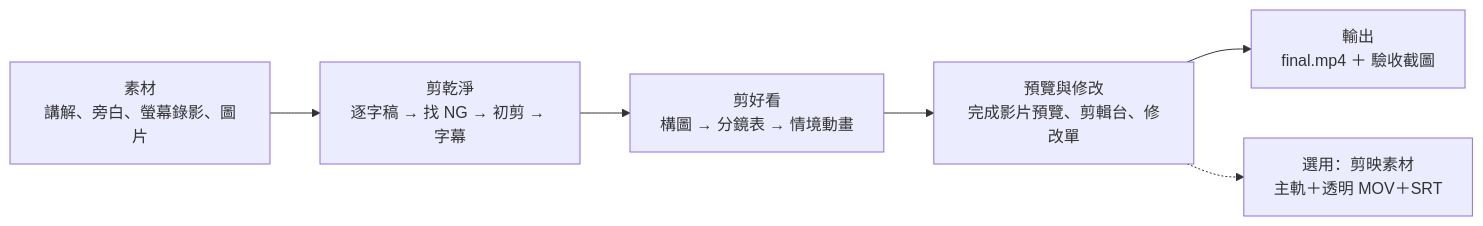
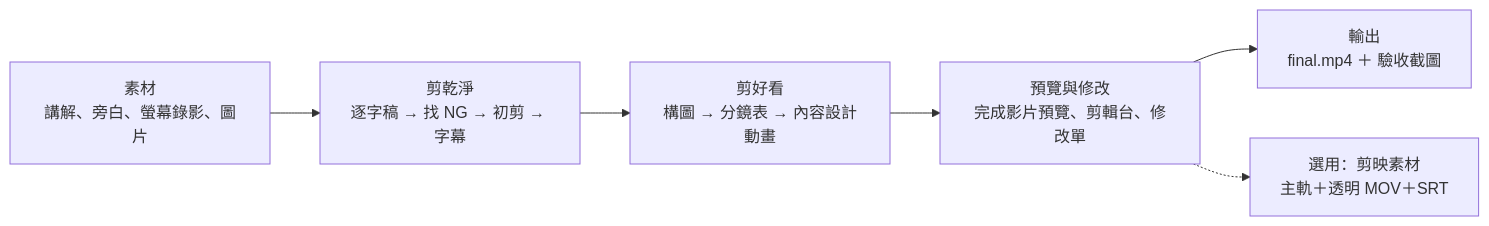
The diagram in README.md (dean9703111/auto-edit-workspace), drawn with Mermaid before and after one commit. The commit also changed other lines of this file and 186 other files, not shown here.

````diff
--- a/README.md
+++ b/README.md
@@ -168,8 +168,8 @@
 ```mermaid
 flowchart LR
   A["素材<br>講解、旁白、螢幕錄影、圖片"] --> B["剪乾淨<br>逐字稿 → 找 NG → 初剪 → 字幕"]
-  B --> C["剪好看<br>構圖 → 分鏡表 → 情境動畫"]
+  B --> C["剪好看<br>構圖 → 分鏡表 → 內容設計動畫"]
   C --> D["預覽與修改<br>完成影片預覽、剪輯台、修改單"]
   D --> E["輸出<br>final.mp4 ＋ 驗收截圖"]
   D -.-> F["選用：剪映素材<br>主軌＋透明 MOV＋SRT"]
 ```
````
